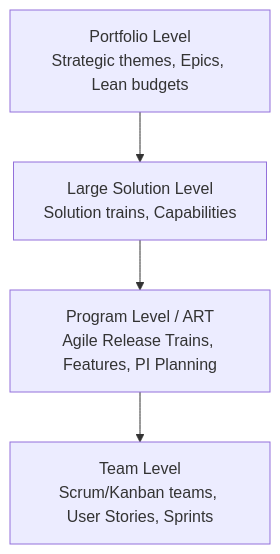
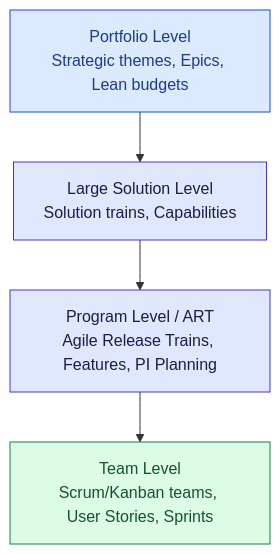
Before and after one commit to ghanendra-sdet/manual-testing-playbook: the second of 10 diagrams in Part_09_Agile_Testing.md, drawn with Mermaid. The commit also changed other lines of this file and 15 other files, not shown here.

Commit message:
Fix broken routes and anchors; update OWASP 2025, ISTQB v4.0, WCAG 2.2, Jira/Zephyr naming and pricing; style diagrams

````diff
--- a/Part_09_Agile_Testing.md
+++ b/Part_09_Agile_Testing.md
@@ -322,6 +329,15 @@
 ```mermaid
 graph TD
     A["Portfolio Level<br/>Strategic themes, Epics, Lean budgets"] --> B["Large Solution Level<br/>Solution trains, Capabilities"]
     B --> C["Program Level / ART<br/>Agile Release Trains, Features, PI Planning"]
     C --> D["Team Level<br/>Scrum/Kanban teams, User Stories, Sprints"]
+
+    classDef start fill:#dbeafe,stroke:#1d4ed8,color:#1e3a8a
+    classDef step fill:#e0e7ff,stroke:#4338ca,color:#1e1b4b
+    classDef decision fill:#fef3c7,stroke:#b45309,color:#78350f
+    classDef good fill:#dcfce7,stroke:#15803d,color:#14532d
+    classDef bad fill:#fee2e2,stroke:#b91c1c,color:#7f1d1d
+    class A start
+    class B,C step
+    class D good
 ```
````
